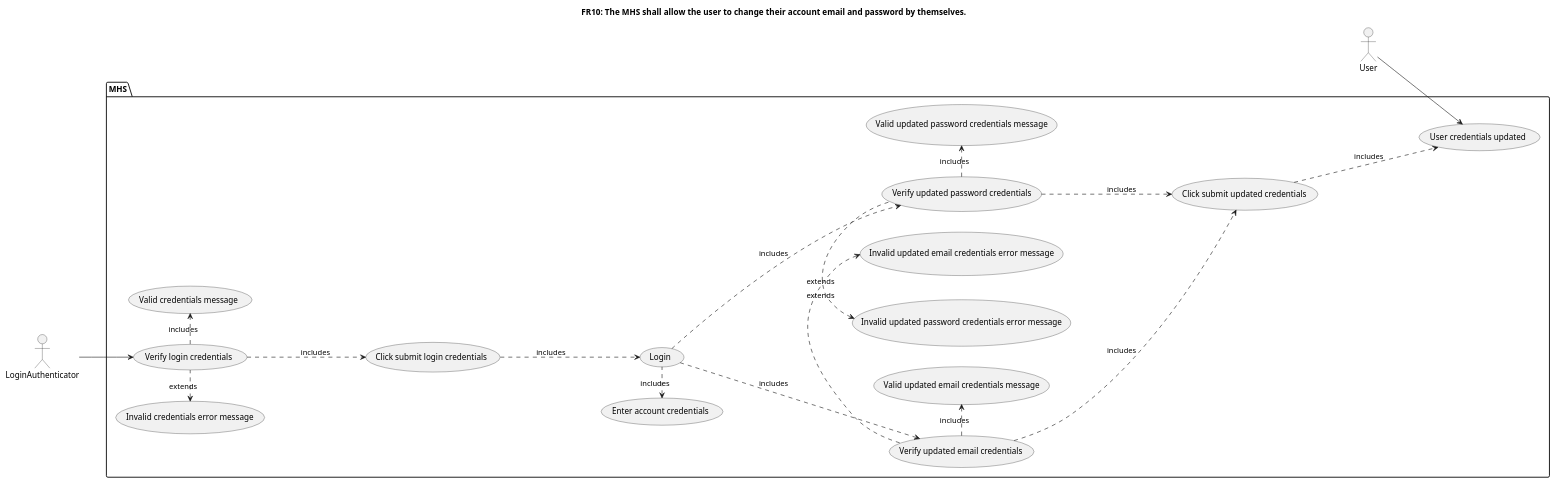
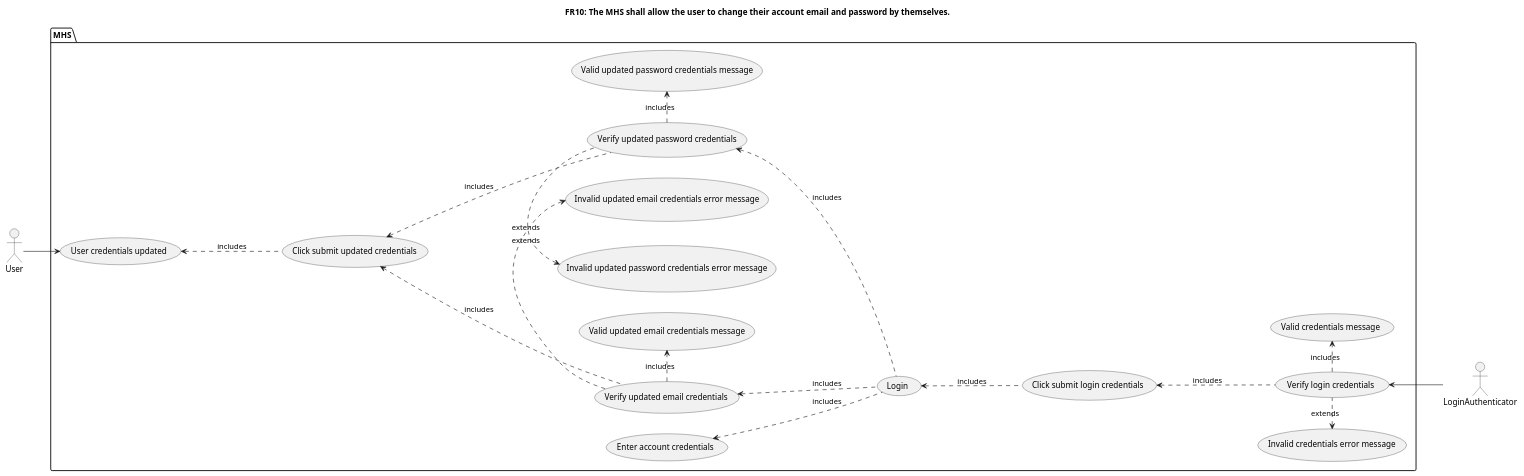
Before and after one commit to notkaramel/ECSE321-Mar1HotelSystem: the diagram in documentation/UMLCodes/FR10_UCDiagram.plantuml, drawn with PlantUML. The commit also changed 1 other file, not shown here.

```diff
--- a/documentation/UMLCodes/FR10_UCDiagram.plantuml
+++ b/documentation/UMLCodes/FR10_UCDiagram.plantuml
@@ -1,44 +1,44 @@
 @startuml FR10
 title FR10: The MHS shall allow the user to change their account email and password by themselves.
 left to right direction
 :LoginAuthenticator: as a
 :User: as u
 
 package MHS {
     (Verify login credentials)
     (Login)
     (Enter account credentials)
     (Verify login credentials)
     (Invalid credentials error message)
     (Valid credentials message)
     (Verify updated email credentials)
     (Verify updated password credentials)
     (Click submit login credentials)
     (Click submit updated credentials)
     (Invalid updated email credentials error message)
     (Valid updated email credentials message)
     (Invalid updated password credentials error message)
     (Valid updated password credentials message)
     (User credentials updated)
 
 }
 
-a --> (Verify login credentials)
-(Verify login credentials) -left.-> (Invalid credentials error message): extends
-(Verify login credentials) -right.-> (Valid credentials message): includes
-(Verify login credentials) -.-> (Click submit login credentials): includes
-(Click submit login credentials) -.-> (Login): includes
-(Login) -left.-> (Enter account credentials): includes
-(Login) -.-> (Verify updated email credentials): includes
-(Login) -.-> (Verify updated password credentials): includes
-(Verify updated email credentials) -left.-> (Invalid updated email credentials error message): extends
-(Verify updated email credentials) -right.-> (Valid updated email credentials message): includes
-(Verify updated email credentials) -.-> (Click submit updated credentials): includes
-(Verify updated password credentials) -left.-> (Invalid updated password credentials error message): extends
-(Verify updated password credentials) -right.-> (Valid updated password credentials message): includes
-(Verify updated password credentials) -.-> (Click submit updated credentials): includes
-(Click submit updated credentials) -.-> (User credentials updated): includes
+(Verify login credentials) <-- a
+(Invalid credentials error message)<-.right- (Verify login credentials): extends
+(Valid credentials message) <-.left- (Verify login credentials): includes
+(Click submit login credentials) <-.- (Verify login credentials): includes
+(Login) <-.- (Click submit login credentials): includes
+(Enter account credentials) <-.- (Login): includes
+(Verify updated email credentials) <-.- (Login): includes
+(Verify updated password credentials) <-.- (Login): includes
+(Invalid updated email credentials error message) <-.right- (Verify updated email credentials): extends
+(Valid updated email credentials message) <-.left- (Verify updated email credentials): includes
+(Click submit updated credentials) <-.- (Verify updated email credentials): includes
+(Invalid updated password credentials error message) <-.right- (Verify updated password credentials): extends
+(Valid updated password credentials message) <-.left- (Verify updated password credentials): includes
+(Click submit updated credentials) <-.- (Verify updated password credentials): includes
+(User credentials updated) <-.- (Click submit updated credentials): includes
 u --> (User credentials updated)
 
 
 @enduml
```
